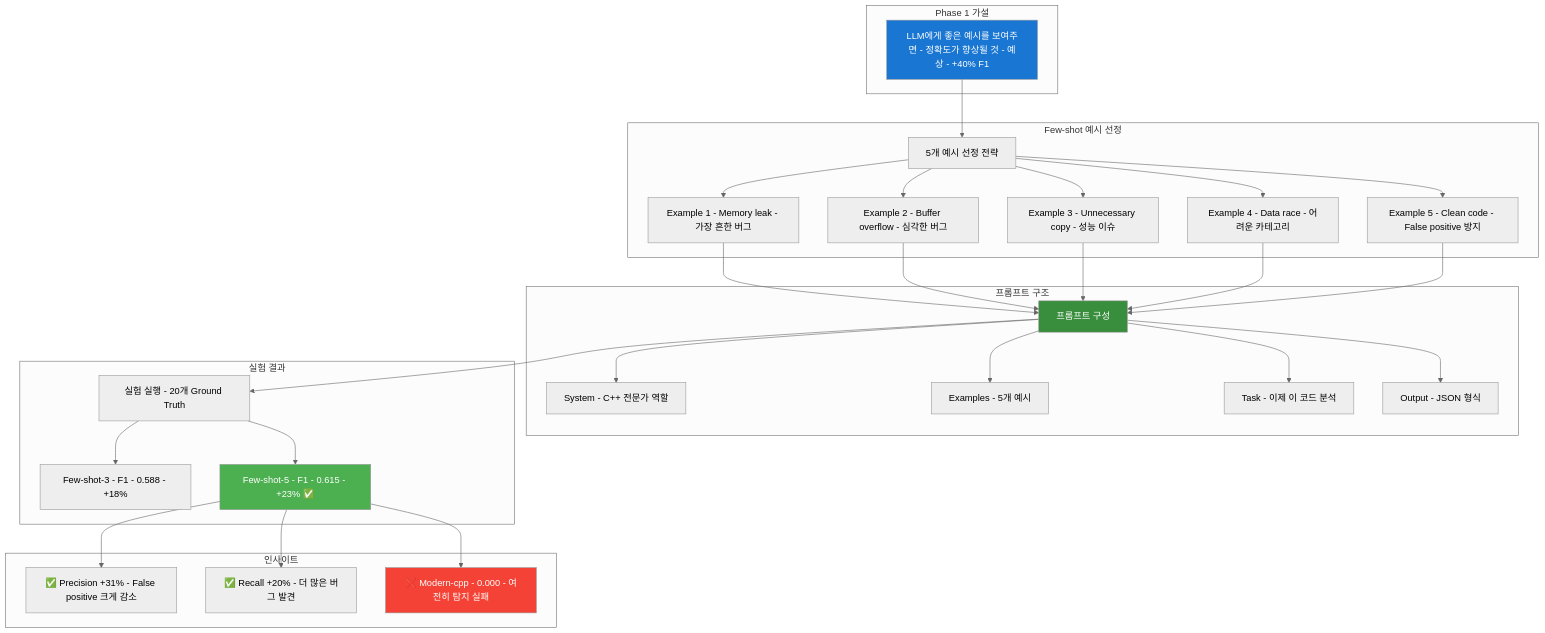
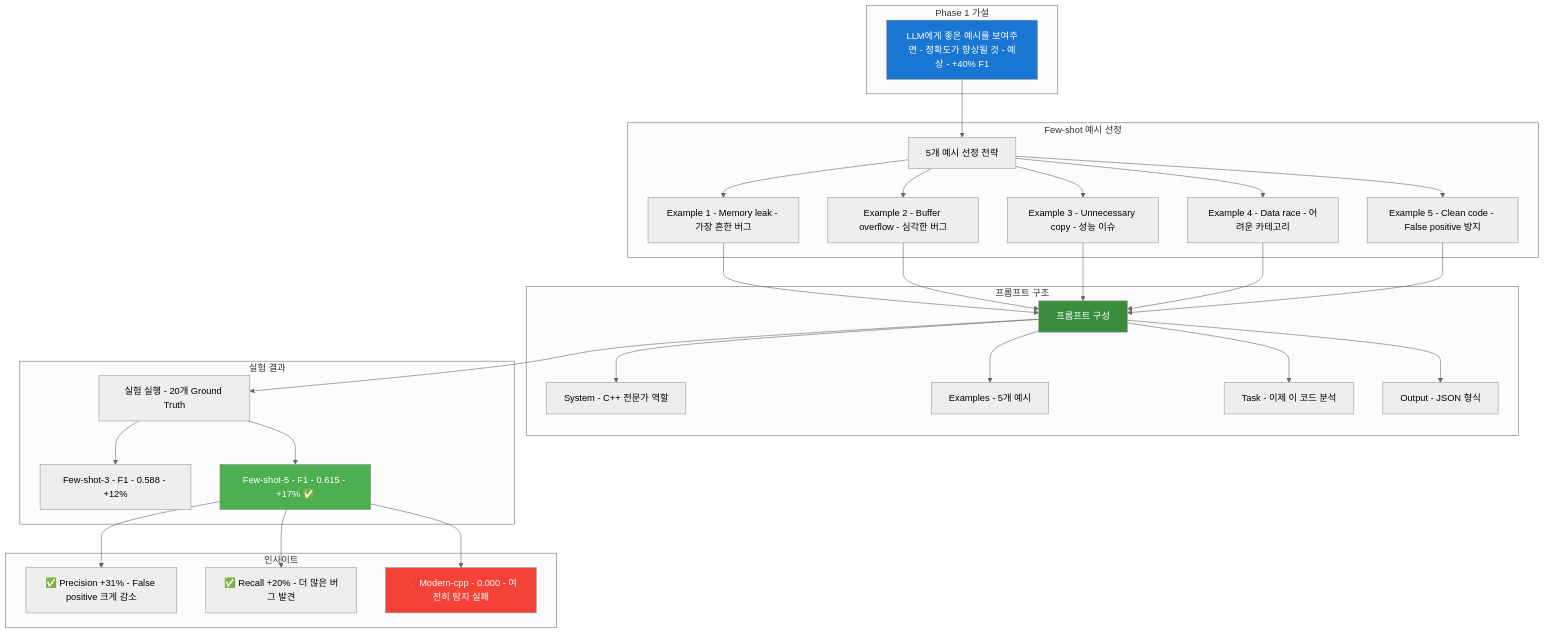
Before and after one commit to ApeachM/llm-code-reviewer: diagram 25 of 49 in PRESENTATION.md, drawn with Mermaid (neutral theme). The commit also changed other lines of this file, not shown here.

````diff
--- a/PRESENTATION.md
+++ b/PRESENTATION.md
@@ -1317,47 +1317,47 @@
 ```mermaid
 graph TB
     subgraph "Phase 1 가설"
         Hypothesis[LLM에게 좋은 예시를 보여주면 - 정확도가 향상될 것 - 예상 - +40% F1]
     end
 
     subgraph "Few-shot 예시 선정"
         Hypothesis --> Select[5개 예시 선정 전략]
 
         Select --> S1[Example 1 - Memory leak - 가장 흔한 버그]
         Select --> S2[Example 2 - Buffer overflow - 심각한 버그]
         Select --> S3[Example 3 - Unnecessary copy - 성능 이슈]
         Select --> S4[Example 4 - Data race - 어려운 카테고리]
         Select --> S5[Example 5 - Clean code - False positive 방지]
     end
 
     subgraph "프롬프트 구조"
         S1 --> Prompt[프롬프트 구성]
         S2 --> Prompt
         S3 --> Prompt
         S4 --> Prompt
         S5 --> Prompt
 
         Prompt --> P1[System - C++ 전문가 역할]
         Prompt --> P2[Examples - 5개 예시]
         Prompt --> P3[Task - 이제 이 코드 분석]
         Prompt --> P4[Output - JSON 형식]
     end
 
     subgraph "실험 결과"
         Prompt --> Exp[실험 실행 - 20개 Ground Truth]
 
-        Exp --> R1[Few-shot-3 - F1 - 0.588 - +18%]
-        Exp --> R2[Few-shot-5 - F1 - 0.615 - +23% ✅]
+        Exp --> R1[Few-shot-3 - F1 - 0.588 - +12%]
+        Exp --> R2[Few-shot-5 - F1 - 0.615 - +17% ✅]
     end
 
     subgraph "인사이트"
         R2 --> Insight1[✅ Precision +31% - False positive 크게 감소]
         R2 --> Insight2[✅ Recall +20% - 더 많은 버그 발견]
         R2 --> Insight3[❌ Modern-cpp - 0.000 - 여전히 탐지 실패]
     end
 
     style Hypothesis fill:#1976d2,color:#fff
     style Prompt fill:#388e3c,color:#fff
     style R2 fill:#4caf50,color:#fff
     style Insight3 fill:#f44336,color:#fff
 ```
````
